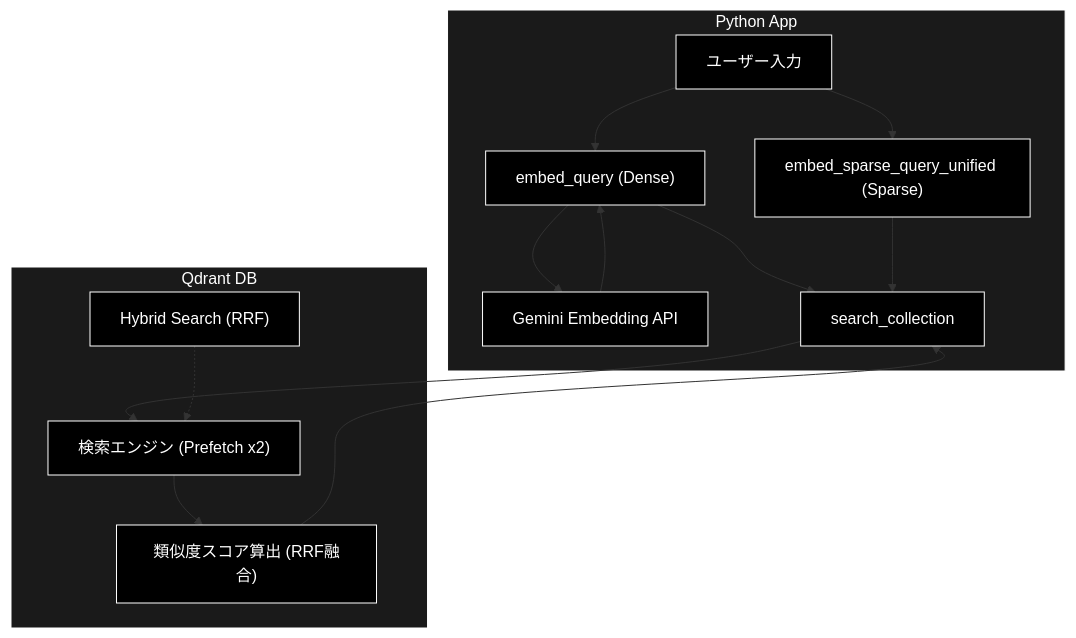
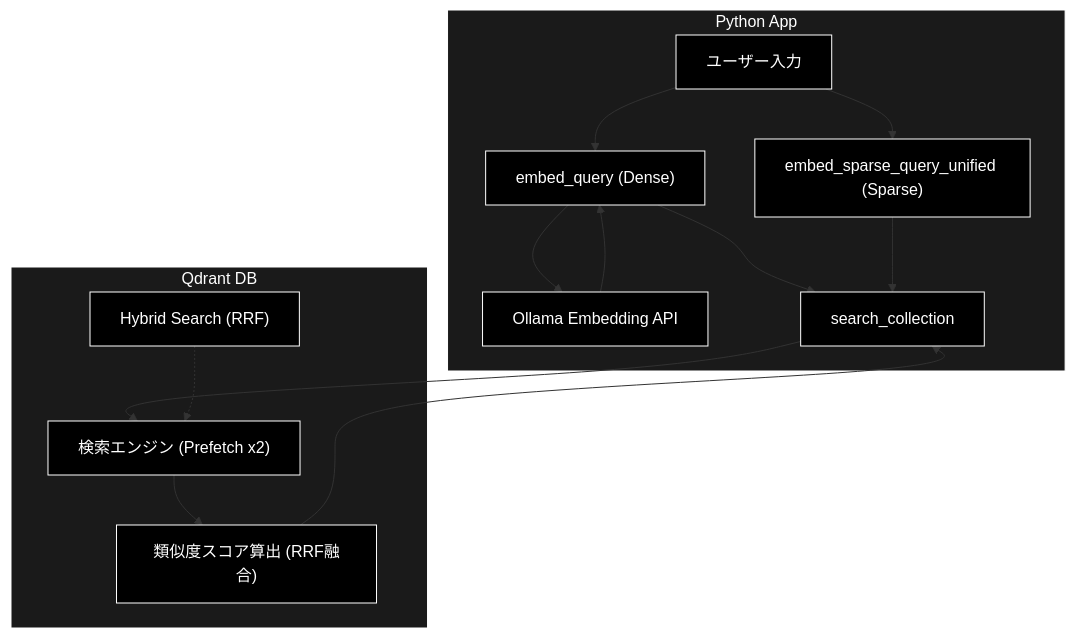
The eighth of 10 diagrams in readme_react_reflection.md (nakashima2toshio/ollama_grace_agent_v2), drawn with Mermaid before and after one commit. The commit also changed other lines of this file and 5 other files, not shown here.

First line of the commit message:
docs(readme): Ollama ネイティブ化（README*.md の Anthropic/Gemini/OpenAI 表記を統一）

````diff
--- a/readme_react_reflection.md
+++ b/readme_react_reflection.md
@@ -812,23 +814,23 @@
 ```mermaid
 graph TD
     subgraph PythonApp ["Python App"]
         Query["ユーザー入力"] --> Embed["embed_query (Dense)"]
-        Embed --> EmbedAPI["Gemini Embedding API"]
+        Embed --> EmbedAPI["Ollama Embedding API"]
         EmbedAPI --> Embed
         Query --> Sparse["embed_sparse_query_unified (Sparse)"]
         Embed --> Search["search_collection"]
         Sparse --> Search
     end
 
     subgraph QdrantDB ["Qdrant DB"]
         Search --> Engine["検索エンジン (Prefetch x2)"]
         Config["Hybrid Search (RRF)"] -.-> Engine
         Engine --> Score["類似度スコア算出 (RRF融合)"]
         Score --> Search
     end
 classDef default fill:#000,stroke:#fff,color:#fff
 classDef subgraphStyle fill:#1a1a1a,stroke:#fff,color:#fff
 class Query,Embed,EmbedAPI,Sparse,Search,Engine,Config,Score default
 style PythonApp fill:#1a1a1a,stroke:#fff,color:#fff
 style QdrantDB fill:#1a1a1a,stroke:#fff,color:#fff
 ```
````
